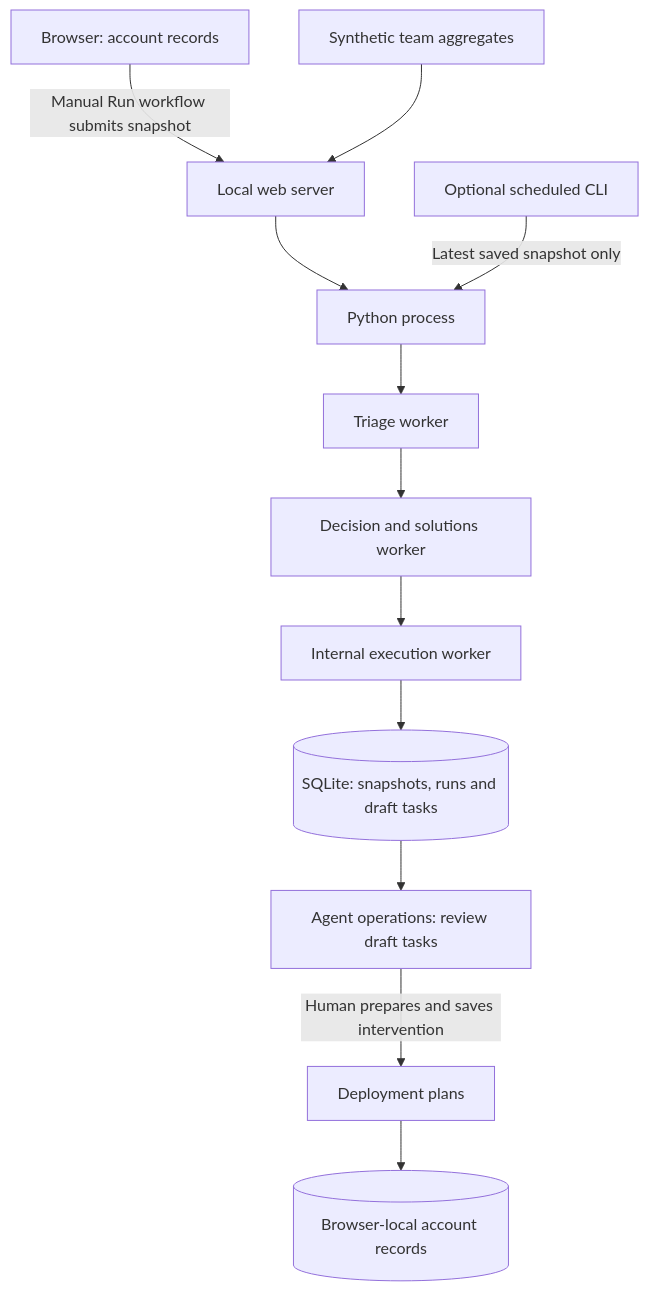
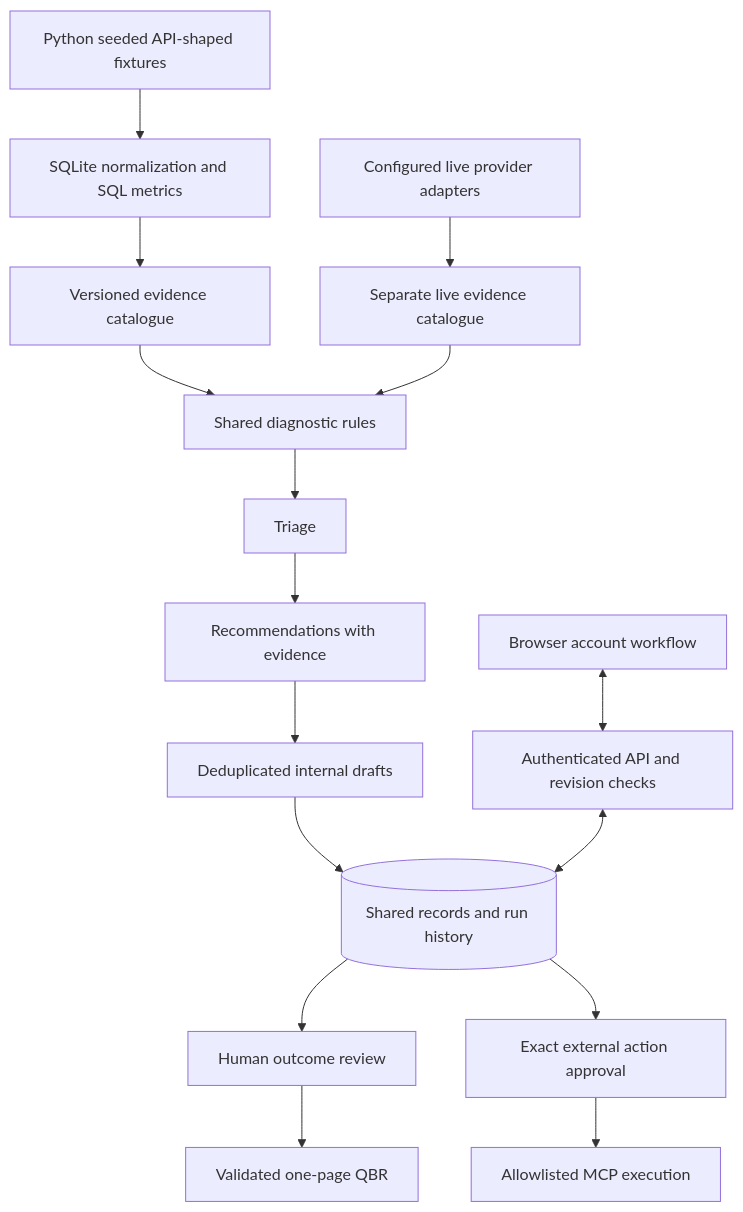
One commit to annagibaeva/account-health-diagnostic changed the diagram in docs/runtime-architecture.md. Above: the diagram before and after it, drawn with Mermaid. The commit also changed other lines of this file and 55 other files, not shown here.

````diff
--- a/docs/runtime-architecture.md
+++ b/docs/runtime-architecture.md
@@ -15,14 +5,18 @@
 ```mermaid
 flowchart TD
-    UI[Browser: account records] -->|Manual Run workflow submits snapshot| Server[Local web server]
-    Fixture[Synthetic team aggregates] --> Server
-    Server --> Bridge[Python process]
-    Bridge --> T[Triage worker]
-    T --> S[Decision and solutions worker]
-    S --> E[Internal execution worker]
-    E --> DB[(SQLite: snapshots, runs and draft tasks)]
-    DB --> Queue[Agent operations: review draft tasks]
-    Queue -->|Human prepares and saves intervention| Plan[Deployment plans]
-    Plan --> Local[(Browser-local account records)]
-    Night[Optional scheduled CLI] -->|Latest saved snapshot only| Bridge
+    Fixtures[Python seeded API-shaped fixtures] --> SQL[SQLite normalization and SQL metrics]
+    SQL --> Evidence[Versioned evidence catalogue]
+    Live[Configured live provider adapters] --> Separate[Separate live evidence catalogue]
+    Evidence --> Rules[Shared diagnostic rules]
+    Separate --> Rules
+    Rules --> Triage[Triage]
+    Triage --> Plans[Recommendations with evidence]
+    Plans --> Drafts[Deduplicated internal drafts]
+    Drafts --> DB[(Shared records and run history)]
+    UI[Browser account workflow] <--> API[Authenticated API and revision checks]
+    API <--> DB
+    DB --> Review[Human outcome review]
+    Review --> QBR[Validated one-page QBR]
+    DB --> Approved[Exact external action approval]
+    Approved --> MCP[Allowlisted MCP execution]
 ```
````
